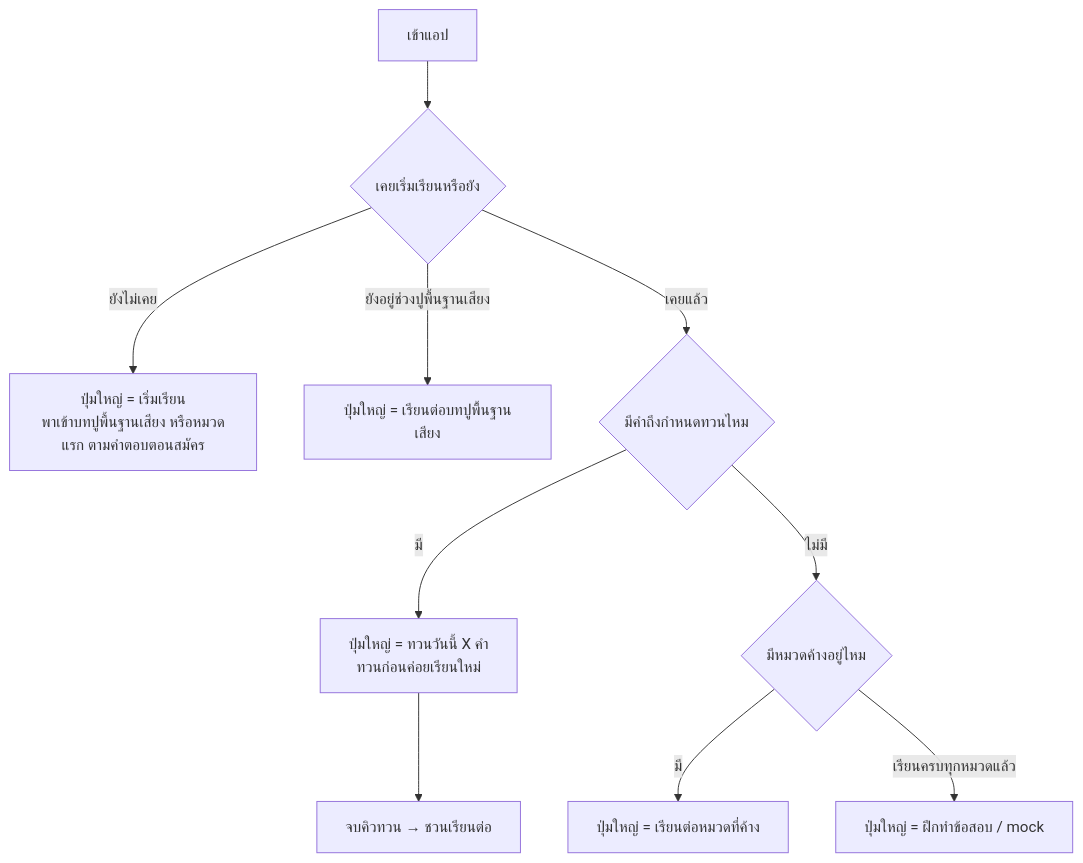
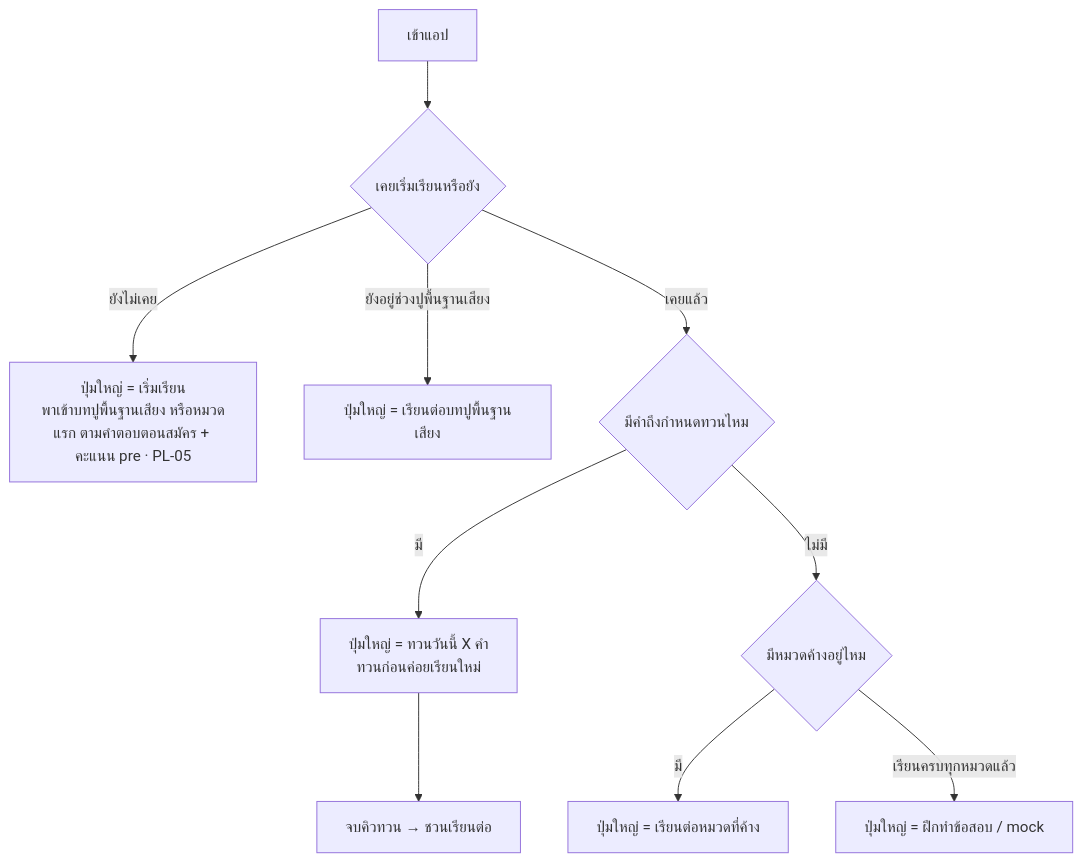
One commit to barbon441/Intelligent-Chinese-Tutoring-System-for-Thai-Learners changed the second of 6 diagrams in docs/08_สเปค-พัฒนา/โฟลว์ผู้ใช้-สิทธิ์แอดมิน.md. Above: the diagram before and after it, drawn with Mermaid. The commit also changed other lines of this file and 12 other files, not shown here.

````diff
--- a/docs/08_สเปค-พัฒนา/โฟลว์ผู้ใช้-สิทธิ์แอดมิน.md
+++ b/docs/08_สเปค-พัฒนา/โฟลว์ผู้ใช้-สิทธิ์แอดมิน.md
@@ -81,12 +80,12 @@
 ```mermaid
 flowchart TD
     A[เข้าแอป] --> A2{เคยเริ่มเรียนหรือยัง}
-    A2 -- ยังไม่เคย --> A3[ปุ่มใหญ่ = เริ่มเรียน<br/>พาเข้าบทปูพื้นฐานเสียง หรือหมวดแรก ตามคำตอบตอนสมัคร]
+    A2 -- ยังไม่เคย --> A3[ปุ่มใหญ่ = เริ่มเรียน<br/>พาเข้าบทปูพื้นฐานเสียง หรือหมวดแรก ตามคำตอบตอนสมัคร + คะแนน pre · PL-05]
     A2 -- ยังอยู่ช่วงปูพื้นฐานเสียง --> A4[ปุ่มใหญ่ = เรียนต่อบทปูพื้นฐานเสียง]
     A2 -- เคยแล้ว --> B{มีคำถึงกำหนดทวนไหม}
     B -- มี --> C[ปุ่มใหญ่ = ทวนวันนี้ X คำ<br/>ทวนก่อนค่อยเรียนใหม่]
     B -- ไม่มี --> D{มีหมวดค้างอยู่ไหม}
     D -- มี --> E[ปุ่มใหญ่ = เรียนต่อหมวดที่ค้าง]
     D -- เรียนครบทุกหมวดแล้ว --> F[ปุ่มใหญ่ = ฝึกทำข้อสอบ / mock]
     C --> G[จบคิวทวน → ชวนเรียนต่อ]
 ```
````
